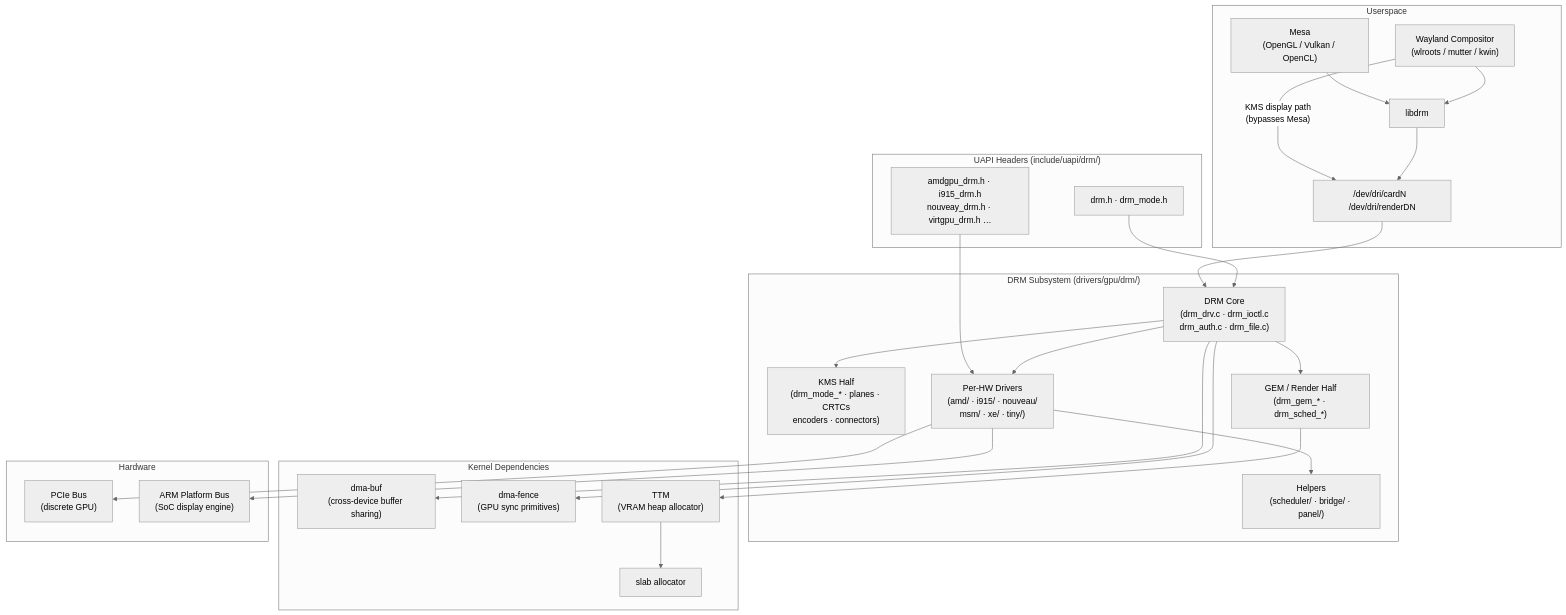
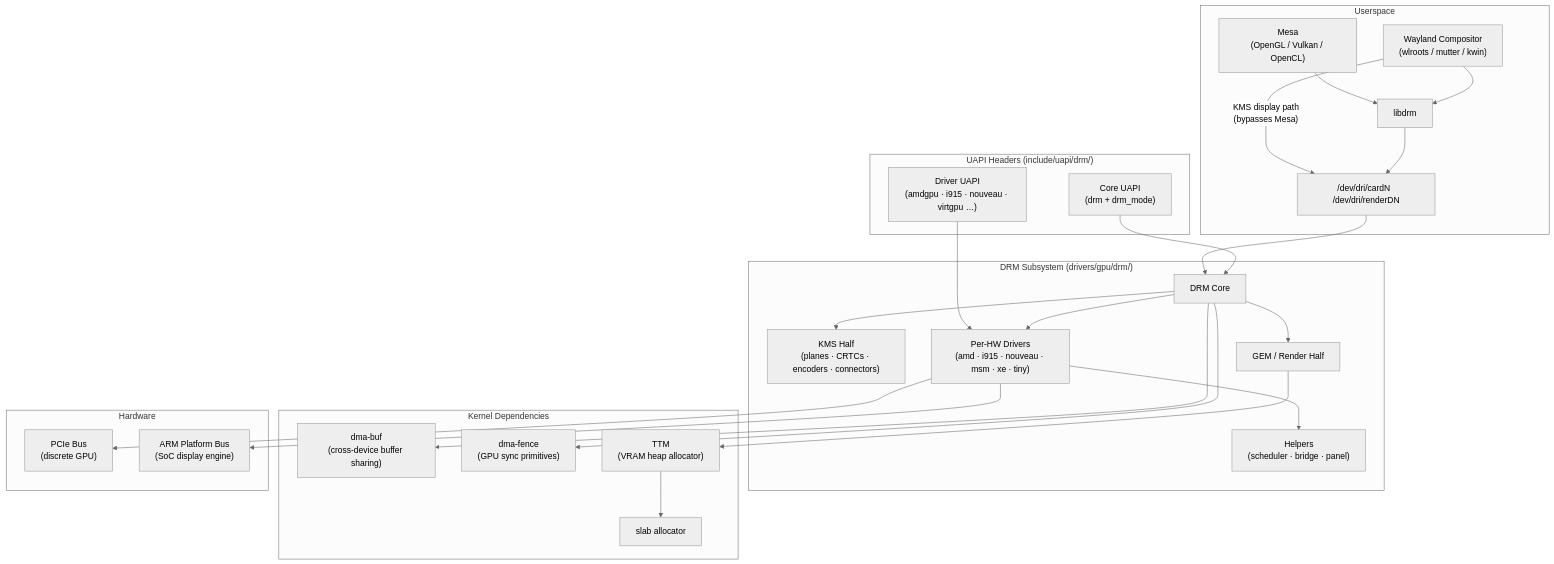
The first of 6 diagrams in chapters/part-01-kernel-layer/ch01-drm-architecture.md (jreuben11/linux-graphics-stack-book), drawn with Mermaid (neutral theme) before and after one commit.

Commit message:
Simplify ch01 §1 diagram: remove .c/.h file names from node labels

````diff
--- a/chapters/part-01-kernel-layer/ch01-drm-architecture.md
+++ b/chapters/part-01-kernel-layer/ch01-drm-architecture.md
@@ -56,47 +56,47 @@
 ```mermaid
 graph TD
     subgraph Userspace
         Mesa["Mesa\n(OpenGL / Vulkan / OpenCL)"]
         Compositor["Wayland Compositor\n(wlroots / mutter / kwin)"]
         libdrm["libdrm"]
         DevNodes["/dev/dri/cardN  /dev/dri/renderDN"]
     end
     subgraph "UAPI Headers (include/uapi/drm/)"
-        UAPICore["drm.h · drm_mode.h"]
-        UAPIDriver["amdgpu_drm.h · i915_drm.h\nnouveay_drm.h · virtgpu_drm.h …"]
+        UAPICore["Core UAPI\n(drm + drm_mode)"]
+        UAPIDriver["Driver UAPI\n(amdgpu · i915 · nouveau · virtgpu …)"]
     end
     subgraph "DRM Subsystem (drivers/gpu/drm/)"
-        DRMCore["DRM Core\n(drm_drv.c · drm_ioctl.c\ndrm_auth.c · drm_file.c)"]
-        KMS["KMS Half\n(drm_mode_* · planes · CRTCs\nencoders · connectors)"]
-        GEM["GEM / Render Half\n(drm_gem_* · drm_sched_*)"]
-        Helpers["Helpers\n(scheduler/ · bridge/ · panel/)"]
-        Drivers["Per-HW Drivers\n(amd/ · i915/ · nouveau/\nmsm/ · xe/ · tiny/)"]
+        DRMCore["DRM Core"]
+        KMS["KMS Half\n(planes · CRTCs · encoders · connectors)"]
+        GEM["GEM / Render Half"]
+        Helpers["Helpers\n(scheduler · bridge · panel)"]
+        Drivers["Per-HW Drivers\n(amd · i915 · nouveau · msm · xe · tiny)"]
     end
     subgraph "Kernel Dependencies"
         dmabuf["dma-buf\n(cross-device buffer sharing)"]
         dmafence["dma-fence\n(GPU sync primitives)"]
         TTM["TTM\n(VRAM heap allocator)"]
         slab["slab allocator"]
     end
     subgraph Hardware
         PCIe["PCIe Bus\n(discrete GPU)"]
         Platform["ARM Platform Bus\n(SoC display engine)"]
     end
     Mesa --> libdrm
     Compositor --> libdrm
     Compositor -->|"KMS display path\n(bypasses Mesa)"| DevNodes
     libdrm --> DevNodes
     DevNodes --> DRMCore
     UAPICore --> DRMCore
     UAPIDriver --> Drivers
     DRMCore --> KMS
     DRMCore --> GEM
     DRMCore --> Drivers
     Drivers --> Helpers
     GEM --> TTM
     TTM --> slab
     DRMCore --> dmabuf
     DRMCore --> dmafence
     Drivers --> PCIe
     Drivers --> Platform
 ```
````
